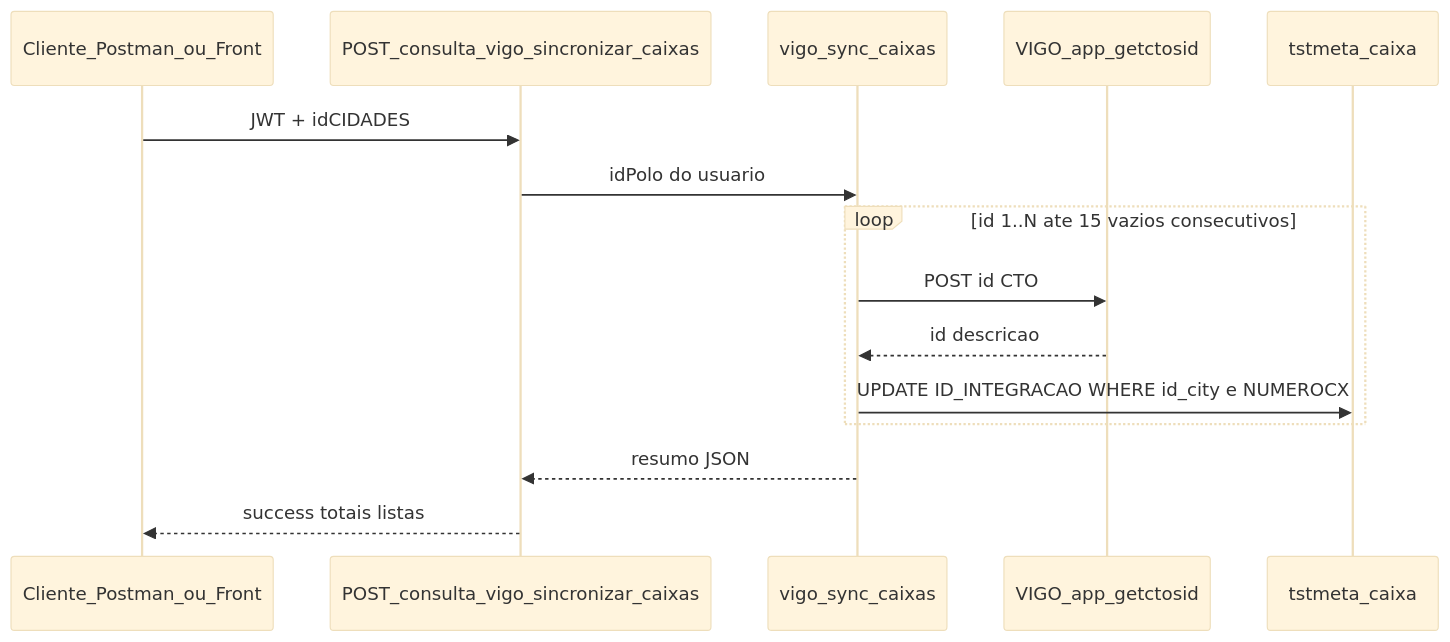
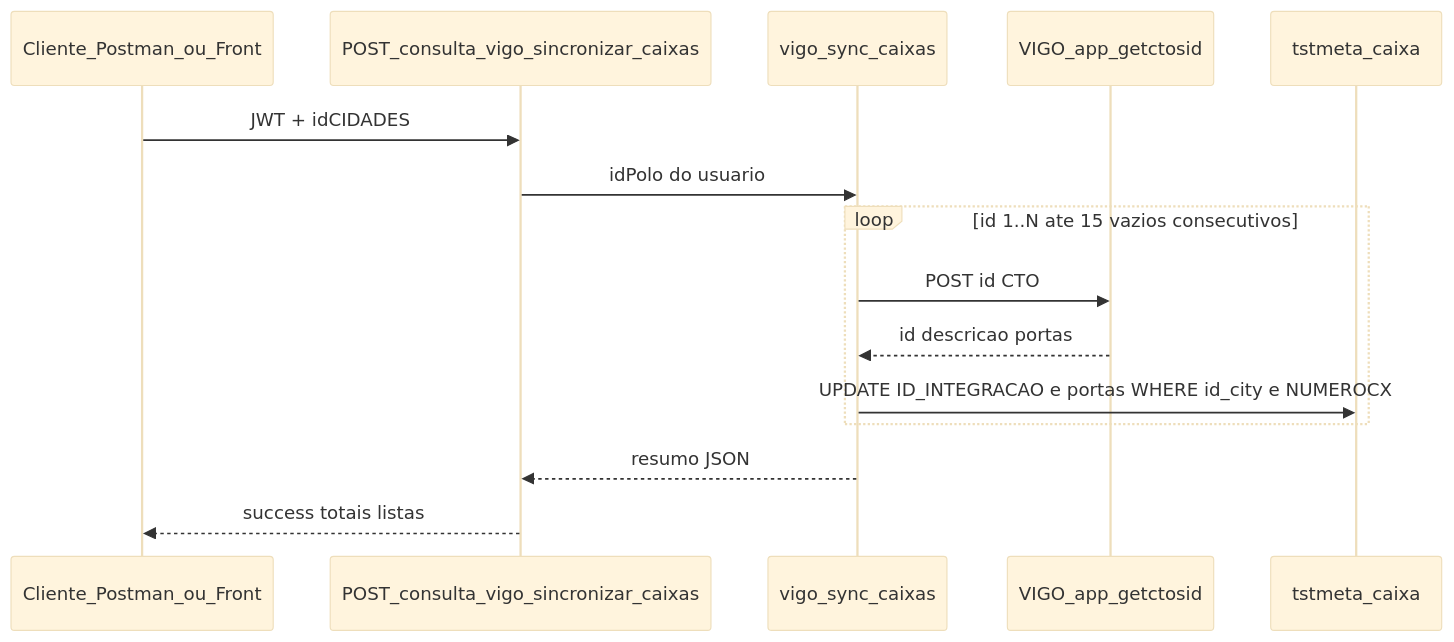
The diagram in src/assets/documentação/INTEGRACAO-VIGO-DE-PARA-CAIXAS.md (HernandesVGarcia/FRONTEND_GERAL_3003), drawn with Mermaid (base theme) before and after one commit. The commit also changed other lines of this file and 26 other files, not shown here.

````diff
--- a/src/assets/documentação/INTEGRACAO-VIGO-DE-PARA-CAIXAS.md
+++ b/src/assets/documentação/INTEGRACAO-VIGO-DE-PARA-CAIXAS.md
@@ -28,18 +28,18 @@
 ```mermaid
 sequenceDiagram
   participant Client as Cliente_Postman_ou_Front
   participant API as POST_consulta_vigo_sincronizar_caixas
   participant Sync as vigo_sync_caixas
   participant Vigo as VIGO_app_getctosid
   participant DB as tstmeta_caixa
 
   Client->>API: JWT + idCIDADES
   API->>Sync: idPolo do usuario
   loop id 1..N ate 15 vazios consecutivos
     Sync->>Vigo: POST id CTO
-    Vigo-->>Sync: id descricao
-    Sync->>DB: UPDATE ID_INTEGRACAO WHERE id_city e NUMEROCX
+    Vigo-->>Sync: id descricao portas
+    Sync->>DB: UPDATE ID_INTEGRACAO e portas WHERE id_city e NUMEROCX
   end
   Sync-->>API: resumo JSON
   API-->>Client: success totais listas
 ```
````
